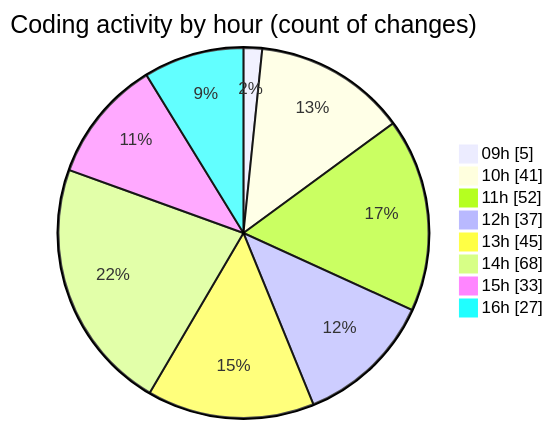
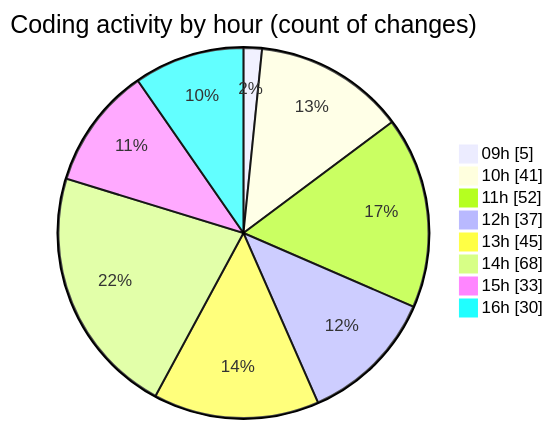
Before and after one commit to momahboobian/code-tracking: the second of 2 diagrams in 2026-04-27/cda/README.md, drawn with Mermaid. The commit also changed other lines of this file and 1 other file, not shown here.

````diff
--- a/2026-04-27/cda/README.md
+++ b/2026-04-27/cda/README.md
@@ -67,12 +67,12 @@
 ```mermaid
 pie showData
 title Coding activity by hour (count of changes)
 "09h" : 5
 "10h" : 41
 "11h" : 52
 "12h" : 37
 "13h" : 45
 "14h" : 68
 "15h" : 33
-"16h" : 27
+"16h" : 30
 ```
````
